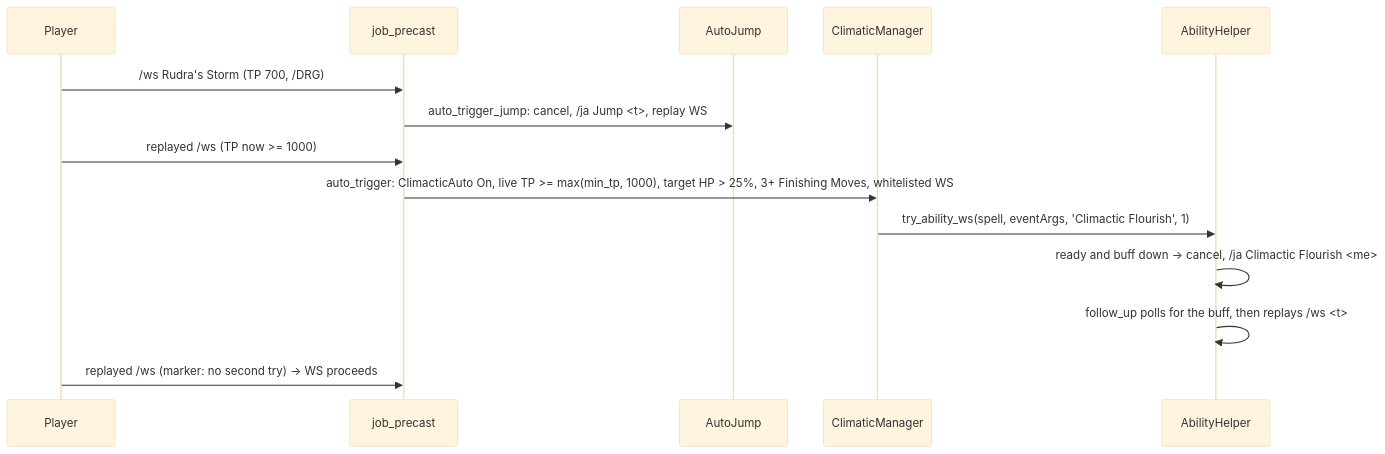
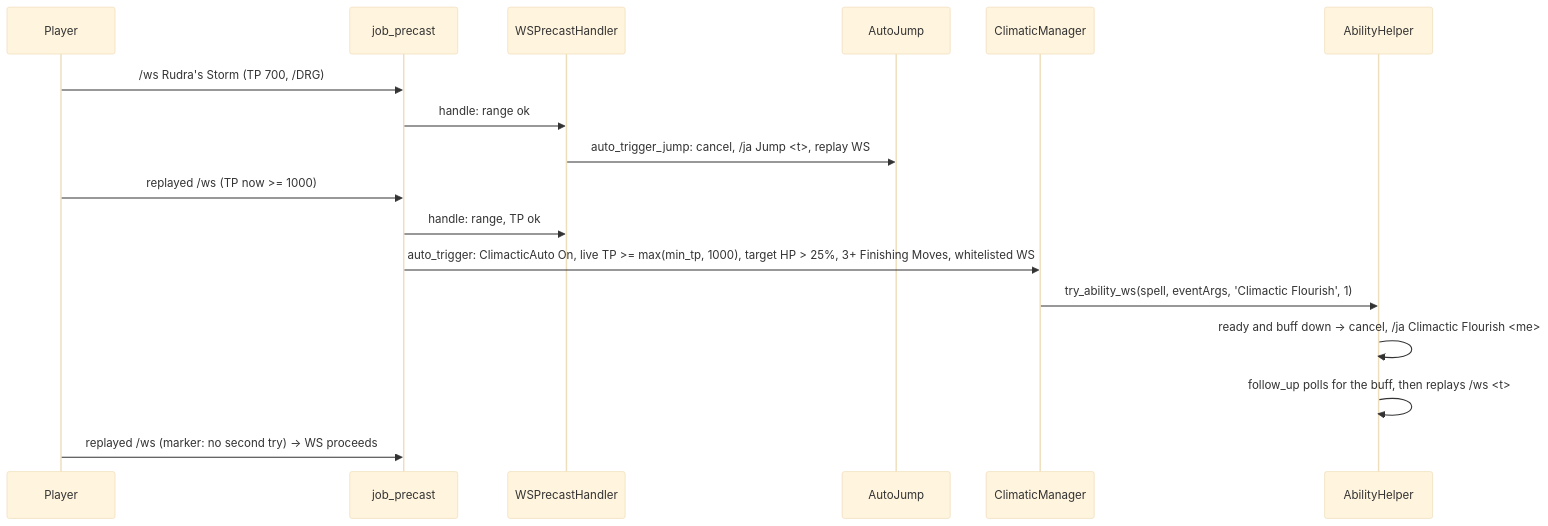
The third of 3 diagrams in docs/dev/jobs/dnc.md (ejouanchicot/Gearswap), drawn with Mermaid (base theme) before and after one commit. The commit also changed other lines of this file and 90 other files, not shown here.

First line of the commit message:
docs: _common, WHERE-IS-WHAT.txt, smartbuff and Jump Auto on every job

````diff
--- a/docs/dev/jobs/dnc.md
+++ b/docs/dev/jobs/dnc.md
@@ -174,16 +178,19 @@
 ```mermaid
 sequenceDiagram
     participant U as Player
     participant P as job_precast
+    participant W as WSPrecastHandler
     participant J as AutoJump
     participant C as ClimaticManager
     participant H as AbilityHelper
     U->>P: /ws Rudra's Storm (TP 700, /DRG)
-    P->>J: auto_trigger_jump: cancel, /ja Jump <t>, replay WS
+    P->>W: handle: range ok
+    W->>J: auto_trigger_jump: cancel, /ja Jump <t>, replay WS
     U->>P: replayed /ws (TP now >= 1000)
+    P->>W: handle: range, TP ok
     P->>C: auto_trigger: ClimacticAuto On, live TP >= max(min_tp, 1000), target HP > 25%, 3+ Finishing Moves, whitelisted WS
     C->>H: try_ability_ws(spell, eventArgs, 'Climactic Flourish', 1)
     H->>H: ready and buff down -> cancel, /ja Climactic Flourish <me>
     H->>H: follow_up polls for the buff, then replays /ws <t>
     U->>P: replayed /ws (marker: no second try) -> WS proceeds
 ```
````
